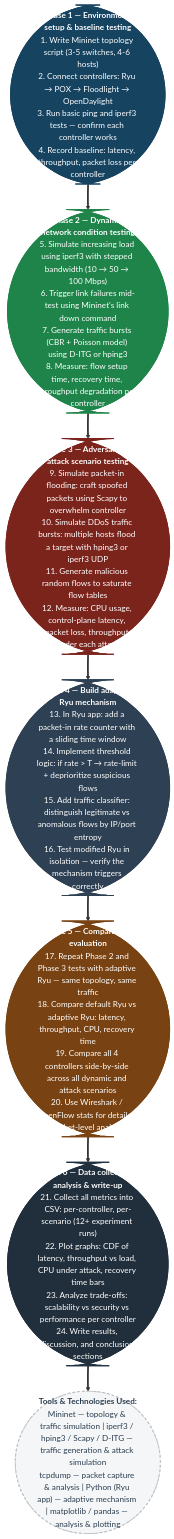
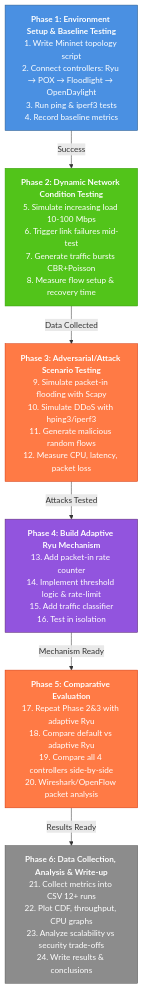
One commit to lenin-24/Dhaka-University changed the diagram in Thesis/Process/Flowchart.md. Above: the diagram before and after it, drawn with Mermaid. The commit also changed other lines of this file, not shown here.

````diff
--- a/Thesis/Process/Flowchart.md
+++ b/Thesis/Process/Flowchart.md
@@ -2,30 +10,21 @@
 ```mermaid
 graph TD
-    %% Define styles for each phase
-    classDef phase1 fill:#154360,stroke:#154360,color:#ffffff,stroke-width:2px;
-    classDef phase2 fill:#1e8449,stroke:#1e8449,color:#ffffff,stroke-width:2px;
-    classDef phase3 fill:#7b241c,stroke:#7b241c,color:#ffffff,stroke-width:2px;
-    classDef phase4 fill:#2e4053,stroke:#2e4053,color:#ffffff,stroke-width:2px;
-    classDef phase5 fill:#784212,stroke:#784212,color:#ffffff,stroke-width:2px;
-    classDef phase6 fill:#212f3d,stroke:#212f3d,color:#ffffff,stroke-width:2px;
-    classDef footer fill:#f4f6f7,stroke:#bdc3c7,color:#2c3e50,stroke-width:2px,stroke-dasharray: 5 5;
+    A["<b>Phase 1: Environment Setup & Baseline Testing</b><br/>1. Write Mininet topology script<br/>2. Connect controllers: Ryu → POX → Floodlight → OpenDaylight<br/>3. Run ping & iperf3 tests<br/>4. Record baseline metrics"] -->|Success| B
 
-    %% Phase Nodes
-    P1(["<b>Phase 1 — Environment setup & baseline testing</b><br/>1. Write Mininet topology script (3-5 switches, 4-6 hosts)<br/>2. Connect controllers: Ryu → POX → Floodlight → OpenDaylight<br/>3. Run basic ping and iperf3 tests — confirm each controller works<br/>4. Record baseline: latency, throughput, packet loss per controller"]):::phase1
+    B["<b>Phase 2: Dynamic Network Condition Testing</b><br/>5. Simulate increasing load 10-100 Mbps<br/>6. Trigger link failures mid-test<br/>7. Generate traffic bursts CBR+Poisson<br/>8. Measure flow setup & recovery time"] -->|Data Collected| C
 
-    P2(["<b>Phase 2 — Dynamic network condition testing</b><br/>5. Simulate increasing load using iperf3 with stepped bandwidth (10 → 50 → 100 Mbps)<br/>6. Trigger link failures mid-test using Mininet's link down command<br/>7. Generate traffic bursts (CBR + Poisson model) using D-ITG or hping3<br/>8. Measure: flow setup time, recovery time, throughput degradation per controller"]):::phase2
+    C["<b>Phase 3: Adversarial/Attack Scenario Testing</b><br/>9. Simulate packet-in flooding with Scapy<br/>10. Simulate DDoS with hping3/iperf3<br/>11. Generate malicious random flows<br/>12. Measure CPU, latency, packet loss"] -->|Attacks Tested| D
 
-    P3(["<b>Phase 3 — Adversarial / attack scenario testing</b><br/>9. Simulate packet-in flooding: craft spoofed packets using Scapy to overwhelm controller<br/>10. Simulate DDoS traffic bursts: multiple hosts flood a target with hping3 or iperf3 UDP<br/>11. Generate malicious random flows to saturate flow tables<br/>12. Measure: CPU usage, control-plane latency, packet loss, throughput under each attack"]):::phase3
+    D["<b>Phase 4: Build Adaptive Ryu Mechanism</b><br/>13. Add packet-in rate counter<br/>14. Implement threshold logic & rate-limit<br/>15. Add traffic classifier<br/>16. Test in isolation"] -->|Mechanism Ready| E
 
-    P4(["<b>Phase 4 — Build adaptive Ryu mechanism</b><br/>13. In Ryu app: add a packet-in rate counter with a sliding time window<br/>14. Implement threshold logic: if rate > T → rate-limit + deprioritize suspicious flows<br/>15. Add traffic classifier: distinguish legitimate vs anomalous flows by IP/port entropy<br/>16. Test modified Ryu in isolation — verify the mechanism triggers correctly"]):::phase4
+    E["<b>Phase 5: Comparative Evaluation</b><br/>17. Repeat Phase 2&3 with adaptive Ryu<br/>18. Compare default vs adaptive Ryu<br/>19. Compare all 4 controllers side-by-side<br/>20. Wireshark/OpenFlow packet analysis"] -->|Results Ready| F
 
-    P5(["<b>Phase 5 — Comparative evaluation</b><br/>17. Repeat Phase 2 and Phase 3 tests with adaptive Ryu — same topology, same traffic<br/>18. Compare default Ryu vs adaptive Ryu: latency, throughput, CPU, recovery time<br/>19. Compare all 4 controllers side-by-side across all dynamic and attack scenarios<br/>20. Use Wireshark / OpenFlow stats for detailed packet-level analysis"]):::phase5
+    F["<b>Phase 6: Data Collection, Analysis & Write-up</b><br/>21. Collect metrics into CSV 12+ runs<br/>22. Plot CDF, throughput, CPU graphs<br/>23. Analyze scalability vs security trade-offs<br/>24. Write results & conclusions"]
 
-    P6(["<b>Phase 6 — Data collection, analysis & write-up</b><br/>21. Collect all metrics into CSV: per-controller, per-scenario (12+ experiment runs)<br/>22. Plot graphs: CDF of latency, throughput vs load, CPU under attack, recovery time bars<br/>23. Analyze trade-offs: scalability vs security vs performance per controller<br/>24. Write results, discussion, and conclusion sections"]):::phase6
-
-    %% Footer Node (Tools Used)
-    Footer(["<b>Tools & Technologies Used:</b><br/>Mininet — topology & traffic simulation | iperf3 / hping3 / Scapy / D-ITG — traffic generation & attack simulation<br/>tcpdump — packet capture & analysis | Python (Ryu app) — adaptive mechanism | matplotlib / pandas — analysis & plotting"]):::footer
-
-    %% Connect the phases
-    P1 ==> P2 ==> P3 ==> P4 ==> P5 ==> P6 ==> Footer
+    style A fill:#4A90E2,stroke:#2E5C8A,color:#fff
+    style B fill:#52C41A,stroke:#389E0D,color:#fff
+    style C fill:#FF7A45,stroke:#D4380D,color:#fff
+    style D fill:#9254DE,stroke:#5B2C6F,color:#fff
+    style E fill:#FF7A45,stroke:#D4380D,color:#fff
+    style F fill:#8C8C8C,stroke:#595959,color:#fff
 ```
````
